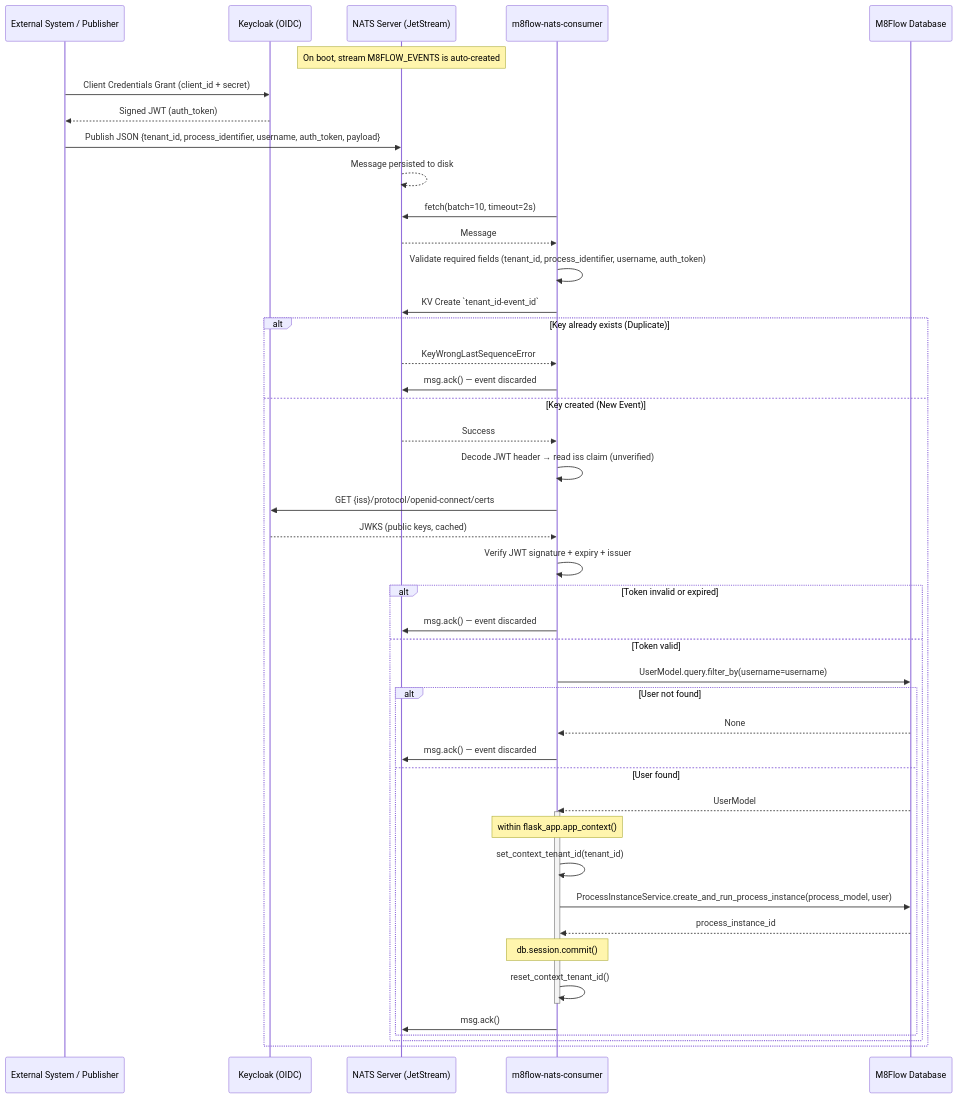
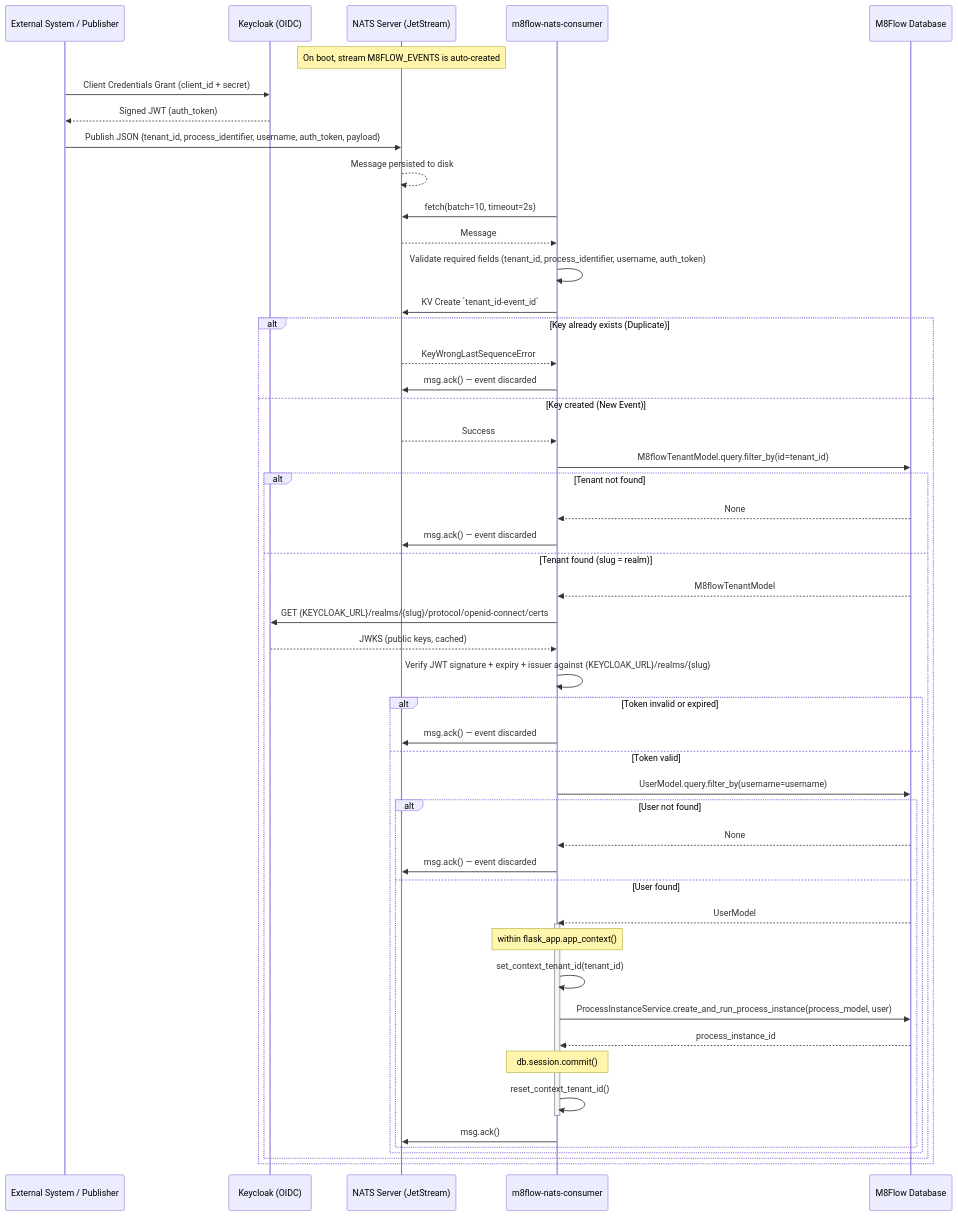
One commit to AOT-Technologies/m8flow changed the second of 2 diagrams in docs/event-driven-architecture.md. Above: the diagram before and after it, drawn with Mermaid. The commit also changed other lines of this file and 3 other files, not shown here.

Commit message:
refactor: Implement Keycloak realm resolution via database lookup using `tenant_id` for JWT validation.

````diff
--- a/docs/event-driven-architecture.md
+++ b/docs/event-driven-architecture.md
@@ -93,57 +95,63 @@
 ```mermaid
 sequenceDiagram
     participant External as External System / Publisher
     participant Keycloak as Keycloak (OIDC)
     participant NATS as NATS Server (JetStream)
     participant Consumer as m8flow-nats-consumer
     participant DB as M8Flow Database
 
     Note over NATS: On boot, stream M8FLOW_EVENTS is auto-created
 
     External->>Keycloak: Client Credentials Grant (client_id + secret)
     Keycloak-->>External: Signed JWT (auth_token)
 
     External->>NATS: Publish JSON {tenant_id, process_identifier, username, auth_token, payload}
     NATS-->>NATS: Message persisted to disk
 
     Consumer->>NATS: fetch(batch=10, timeout=2s)
     NATS-->>Consumer: Message
 
     Consumer->>Consumer: Validate required fields (tenant_id, process_identifier, username, auth_token)
 
     Consumer->>NATS: KV Create `tenant_id-event_id`
     alt Key already exists (Duplicate)
         NATS-->>Consumer: KeyWrongLastSequenceError
         Consumer->>NATS: msg.ack() — event discarded
     else Key created (New Event)
         NATS-->>Consumer: Success
 
-        Consumer->>Consumer: Decode JWT header → read iss claim (unverified)
-        Consumer->>Keycloak: GET {iss}/protocol/openid-connect/certs
-        Keycloak-->>Consumer: JWKS (public keys, cached)
-        Consumer->>Consumer: Verify JWT signature + expiry + issuer
+        Consumer->>DB: M8flowTenantModel.query.filter_by(id=tenant_id)
+        alt Tenant not found
+            DB-->>Consumer: None
+            Consumer->>NATS: msg.ack() — event discarded
+        else Tenant found (slug = realm)
+            DB-->>Consumer: M8flowTenantModel
+            Consumer->>Keycloak: GET {KEYCLOAK_URL}/realms/{slug}/protocol/openid-connect/certs
+            Keycloak-->>Consumer: JWKS (public keys, cached)
+            Consumer->>Consumer: Verify JWT signature + expiry + issuer against {KEYCLOAK_URL}/realms/{slug}
 
-        alt Token invalid or expired
-            Consumer->>NATS: msg.ack() — event discarded
-        else Token valid
-            Consumer->>DB: UserModel.query.filter_by(username=username)
-            alt User not found
-                DB-->>Consumer: None
+            alt Token invalid or expired
                 Consumer->>NATS: msg.ack() — event discarded
-            else User found
-                DB-->>Consumer: UserModel
+            else Token valid
+                Consumer->>DB: UserModel.query.filter_by(username=username)
+                alt User not found
+                    DB-->>Consumer: None
+                    Consumer->>NATS: msg.ack() — event discarded
+                else User found
+                    DB-->>Consumer: UserModel
 
-                activate Consumer
-                Note over Consumer: within flask_app.app_context()
-                Consumer->>Consumer: set_context_tenant_id(tenant_id)
-                Consumer->>DB: ProcessInstanceService.create_and_run_process_instance(process_model, user)
-                DB-->>Consumer: process_instance_id
-                Note over Consumer: db.session.commit()
-                Consumer->>Consumer: reset_context_tenant_id()
-                deactivate Consumer
+                    activate Consumer
+                    Note over Consumer: within flask_app.app_context()
+                    Consumer->>Consumer: set_context_tenant_id(tenant_id)
+                    Consumer->>DB: ProcessInstanceService.create_and_run_process_instance(process_model, user)
+                    DB-->>Consumer: process_instance_id
+                    Note over Consumer: db.session.commit()
+                    Consumer->>Consumer: reset_context_tenant_id()
+                    deactivate Consumer
 
-                Consumer->>NATS: msg.ack()
+                    Consumer->>NATS: msg.ack()
+                end
             end
         end
     end
 ```
````
